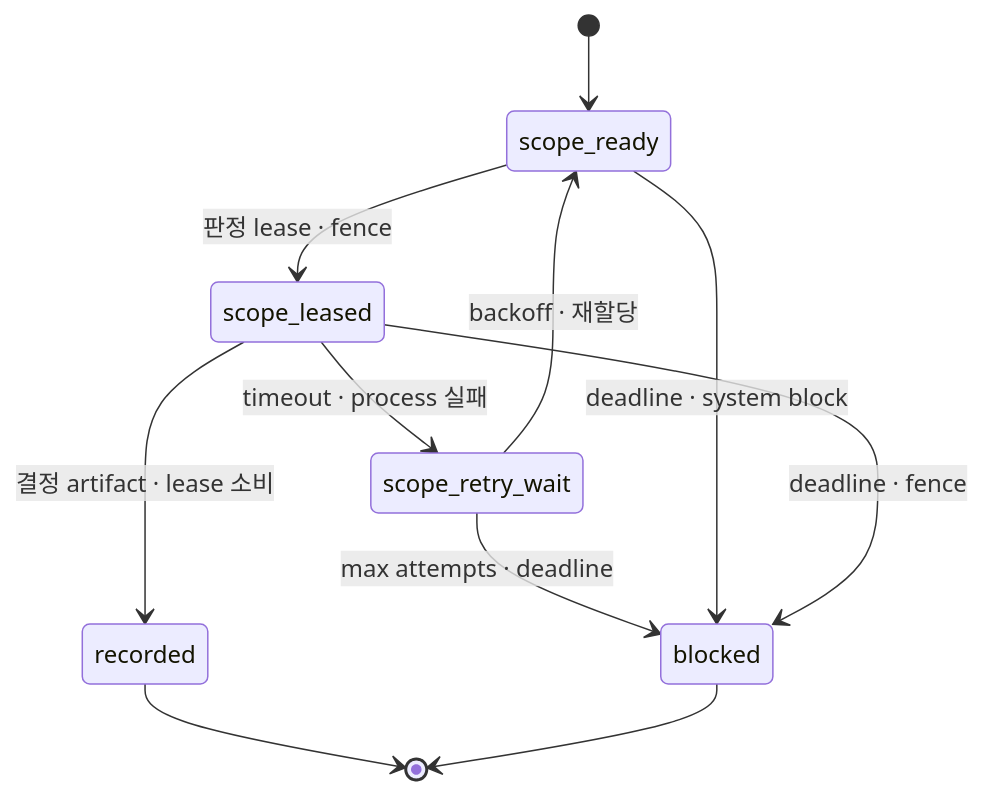
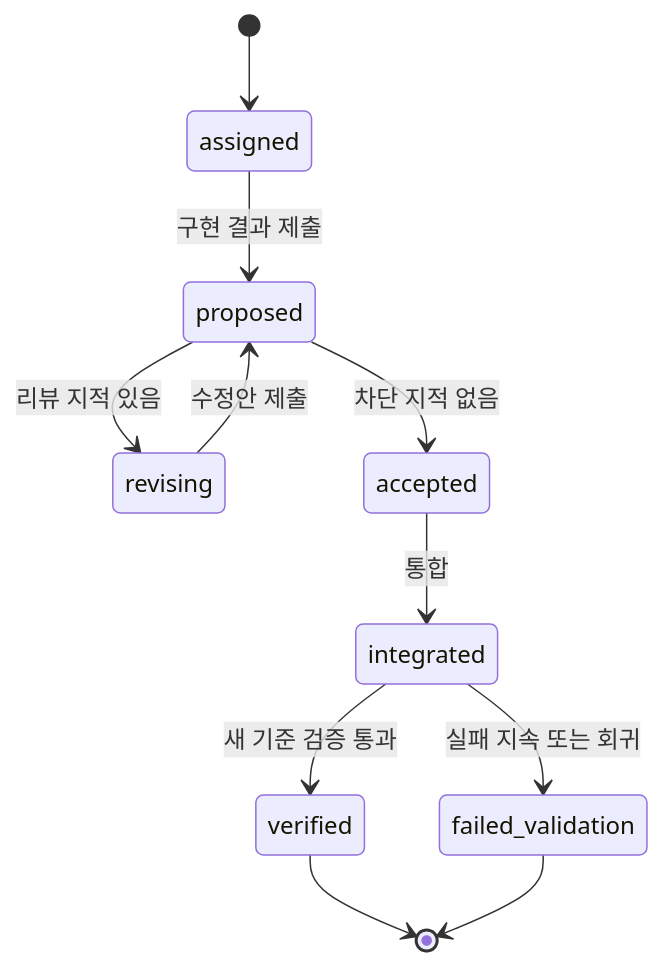
Before and after one commit to kimchanhyung98/agentic-workflows: the fourth of 5 diagrams in bun-rust/02-implementation-flow.md, drawn with Mermaid. The commit also changed other lines of this file and 4 other files, not shown here.

````diff
--- a/bun-rust/02-implementation-flow.md
+++ b/bun-rust/02-implementation-flow.md
@@ -527,13 +135,13 @@
 ```mermaid
 stateDiagram-v2
-    [*] --> scope_ready
-    scope_ready --> scope_leased: 판정 lease · fence
-    scope_leased --> recorded: 결정 artifact · lease 소비
-    scope_leased --> scope_retry_wait: timeout · process 실패
-    scope_retry_wait --> scope_ready: backoff · 재할당
-    scope_retry_wait --> blocked: max attempts · deadline
-    scope_ready --> blocked: deadline · system block
-    scope_leased --> blocked: deadline · fence
-    recorded --> [*]
-    blocked --> [*]
+    [*] --> assigned
+    assigned --> proposed: 구현 결과 제출
+    proposed --> revising: 리뷰 지적 있음
+    revising --> proposed: 수정안 제출
+    proposed --> accepted: 차단 지적 없음
+    accepted --> integrated: 통합
+    integrated --> verified: 새 기준 검증 통과
+    integrated --> failed_validation: 실패 지속 또는 회귀
+    verified --> [*]
+    failed_validation --> [*]
 ```
````
